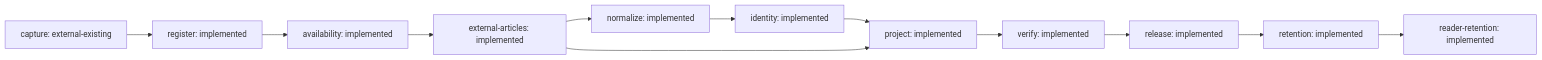
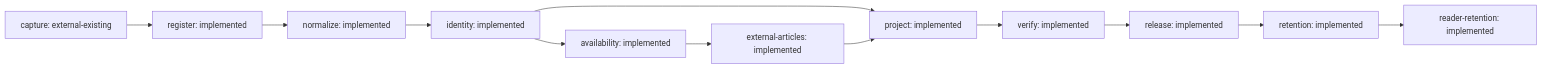
Before and after one commit to rk-gamemods/HumanHostWiki: the second of 2 diagrams in docs/REPOSITORIES.md, drawn with Mermaid. The commit also changed other lines of this file and 34 other files, not shown here.

````diff
--- a/docs/REPOSITORIES.md
+++ b/docs/REPOSITORIES.md
@@ -77,25 +77,25 @@
 ```mermaid
 flowchart LR
   capture["capture: external-existing"]
   register["register: implemented"]
   capture --> register
+  normalize["normalize: implemented"]
+  register --> normalize
+  identity["identity: implemented"]
+  normalize --> identity
   availability["availability: implemented"]
-  register --> availability
+  identity --> availability
   external-articles["external-articles: implemented"]
   availability --> external-articles
-  normalize["normalize: implemented"]
-  external-articles --> normalize
-  identity["identity: implemented"]
-  normalize --> identity
   project["project: implemented"]
   identity --> project
   external-articles --> project
   verify["verify: implemented"]
   project --> verify
   release["release: implemented"]
   verify --> release
   retention["retention: implemented"]
   release --> retention
   reader-retention["reader-retention: implemented"]
   retention --> reader-retention
 ```
````
